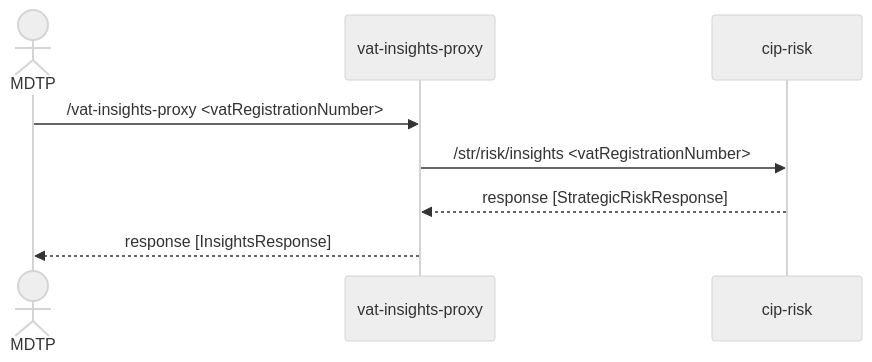
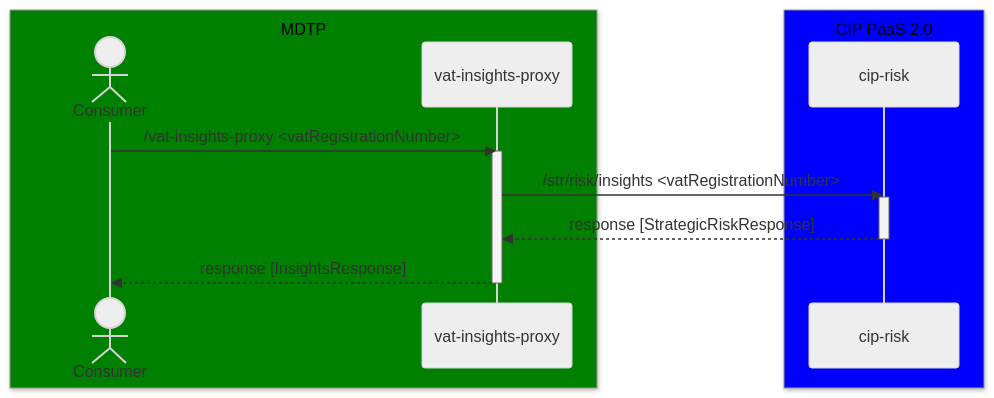
One commit to hmrc/vat-insights-proxy changed the diagram in README.md. Above: the diagram before and after it, drawn with Mermaid (neutral theme).

Commit message:
CIR-2784 Update README.md with sequence diagram

````diff
--- a/README.md
+++ b/README.md
@@ -6,8 +6,18 @@
 ```mermaid
 sequenceDiagram
-actor MDTP
-MDTP->>vat-insights-proxy: /vat-insights-proxy <vatRegistrationNumber>
+box Green MDTP
+actor Consumer
+participant vat-insights-proxy
+end
+box Blue CIP PaaS 2.0
+participant cip-risk
+end
+Consumer->>vat-insights-proxy: /vat-insights-proxy <vatRegistrationNumber>
+activate vat-insights-proxy
 vat-insights-proxy->>cip-risk: /str/risk/insights <vatRegistrationNumber>
+activate cip-risk
 cip-risk-->>vat-insights-proxy: response [StrategicRiskResponse]
-vat-insights-proxy-->>MDTP: response [InsightsResponse]
+deactivate cip-risk
+vat-insights-proxy-->>Consumer: response [InsightsResponse]
+deactivate vat-insights-proxy
 ```
````
